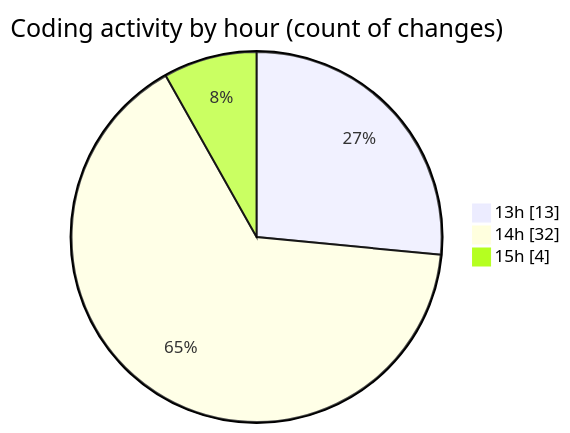
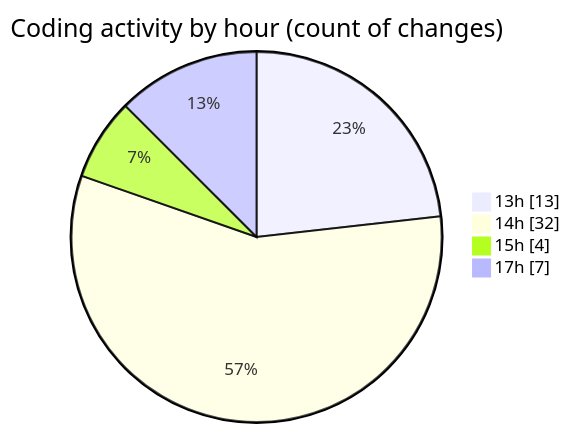
One commit to nxtqubesakshisongat/code-tracking changed the second of 2 diagrams in 2025-06-05/nxtqube_webapp/README.md. Above: the diagram before and after it, drawn with Mermaid. The commit also changed other lines of this file and 1 other file, not shown here.

````diff
--- a/2025-06-05/nxtqube_webapp/README.md
+++ b/2025-06-05/nxtqube_webapp/README.md
@@ -29,7 +31,8 @@
 ```mermaid
 pie showData
 title Coding activity by hour (count of changes)
 "13h" : 13
 "14h" : 32
 "15h" : 4
+"17h" : 7
 ```
````
